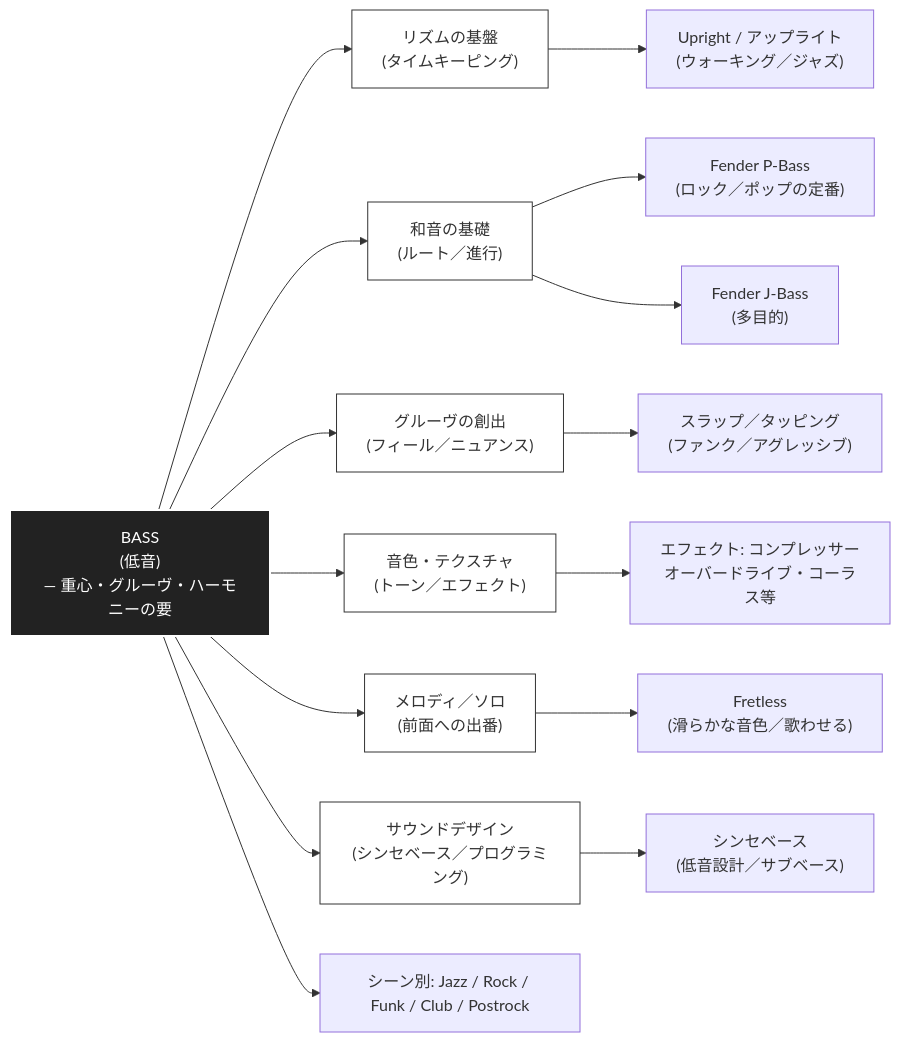
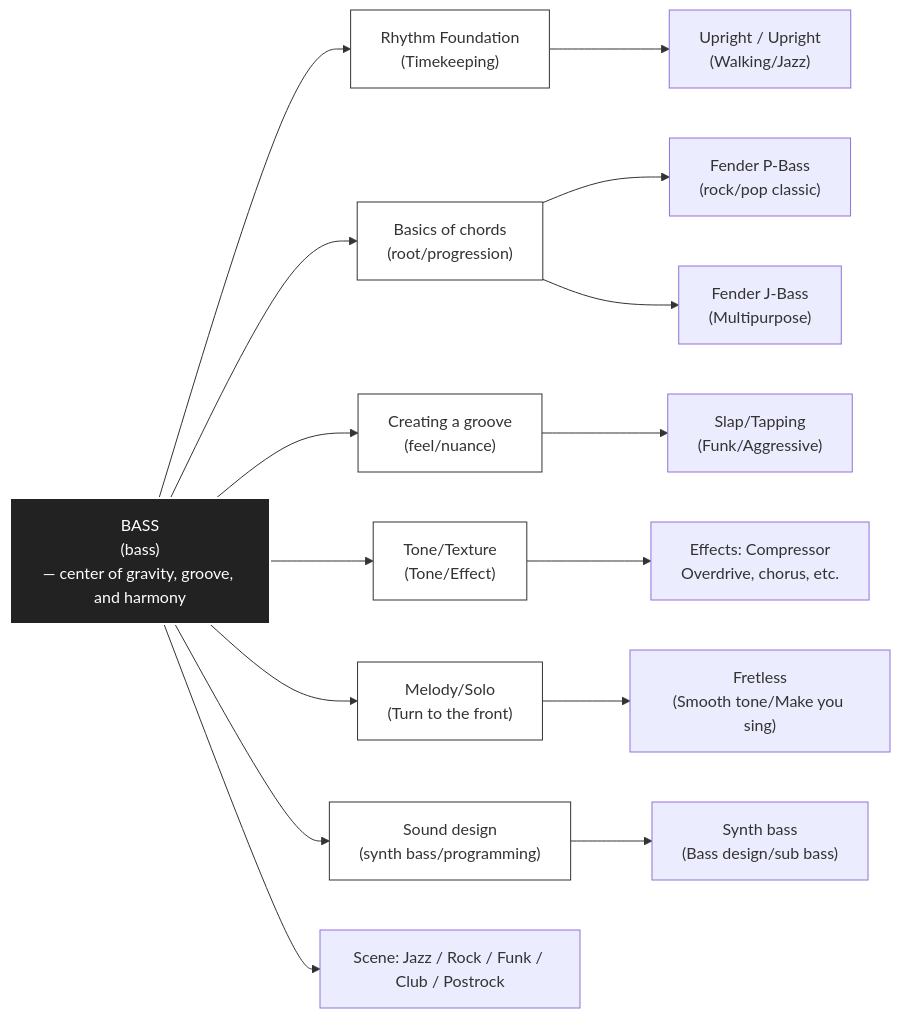
One commit to monumental-movement/monumental-movement.github.io changed the second of 2 diagrams in en/_posts/2025-10-18-column-bassists.md. Above: the diagram before and after it, drawn with Mermaid. The commit also changed other lines of this file and 1631 other files, not shown here.

```diff
--- a/en/_posts/2025-10-18-column-bassists.md
+++ b/en/_posts/2025-10-18-column-bassists.md
@@ -253,58 +244,52 @@
 <div class="mermaid">
 
 flowchart LR
 %% Center: Bass
-Bass["BASS\n(低音)\n— 重心・グルーヴ・ハーモニーの要"]
+Bass["BASS\n(bass)\n— center of gravity, groove, and harmony"]
 
-
-%% Primary roles
-Rhythm["リズムの基盤\n(タイムキーピング)"]
-Harmony["和音の基礎\n(ルート／進行)"]
-Groove["グルーヴの創出\n(フィール／ニュアンス)"]
-Texture["音色・テクスチャ\n(トーン／エフェクト)"]
-Lead["メロディ／ソロ\n(前面への出番)"]
-Design["サウンドデザイン\n(シンセベース／プログラミング)"]
-
+%%Primary roles
+Rhythm["Rhythm Foundation\n(Timekeeping)"]
+Harmony["Basics of chords\n(root/progression)"]
+Groove["Creating a groove\n(feel/nuance)"]
+Texture["Tone/Texture\n(Tone/Effect)"]
+Lead["Melody/Solo\n(Turn to the front)"]
+Design["Sound design\n(synth bass/programming)"]
 
 %% Techniques / Instruments
-Upright["Upright / アップライト\n(ウォーキング／ジャズ)"]
-P_Bass["Fender P-Bass\n(ロック／ポップの定番)"]
-J_Bass["Fender J-Bass\n(多目的) "]
-Fretless["Fretless\n(滑らかな音色／歌わせる) "]
-Synth["シンセベース\n(低音設計／サブベース) "]
-Slap["スラップ／タッピング\n(ファンク／アグレッシブ) "]
-Effects["エフェクト: コンプレッサー\nオーバードライブ・コーラス等"]
-
+Upright["Upright / Upright\n(Walking/Jazz)"]
+P_Bass["Fender P-Bass\n(rock/pop classic)"]
+J_Bass["Fender J-Bass\n(Multipurpose) "]
+Fretless["Fretless\n(Smooth tone/Make you sing) "]
+Synth["Synth bass\n(Bass design/sub bass) "]
+Slap["Slap/Tapping\n(Funk/Aggressive) "]
+Effects["Effects: Compressor\nOverdrive, chorus, etc."]
 
 %% Connections
 Bass --> Rhythm
 Bass --> Harmony
 Bass --> Groove
 Bass --> Texture
 Bass --> Lead
 Bass --> Design
 
-
 Groove --> Slap
 Texture --> Effects
 Design --> Synth
 Rhythm --> Upright
 Harmony --> P_Bass
 Harmony --> J_Bass
 Lead --> Fretless
 
-
-%% Context labels
-Scene1["シーン別: Jazz / Rock / Funk / Club / Postrock"]
+%%Context labels
+Scene1["Scene: Jazz / Rock / Funk / Club / Postrock"]
 Bass --> Scene1
-
 
 style Bass fill:#222,stroke:#fff,color:#fff,stroke-width:2px
 style Rhythm fill:#fff,stroke:#333
 style Harmony fill:#fff,stroke:#333
 style Groove fill:#fff,stroke:#333
 style Texture fill:#fff,stroke:#333
 style Lead fill:#fff,stroke:#333
 style Design fill:#fff,stroke:#333
 
 </div>
```
